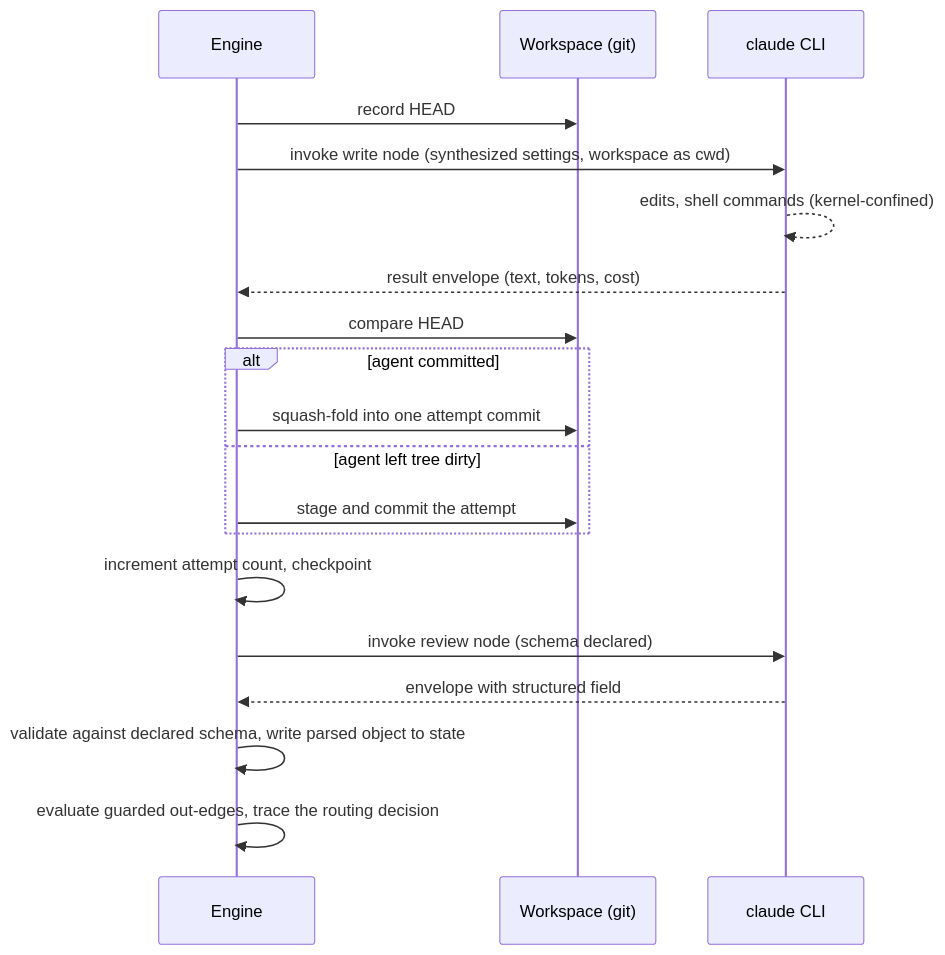
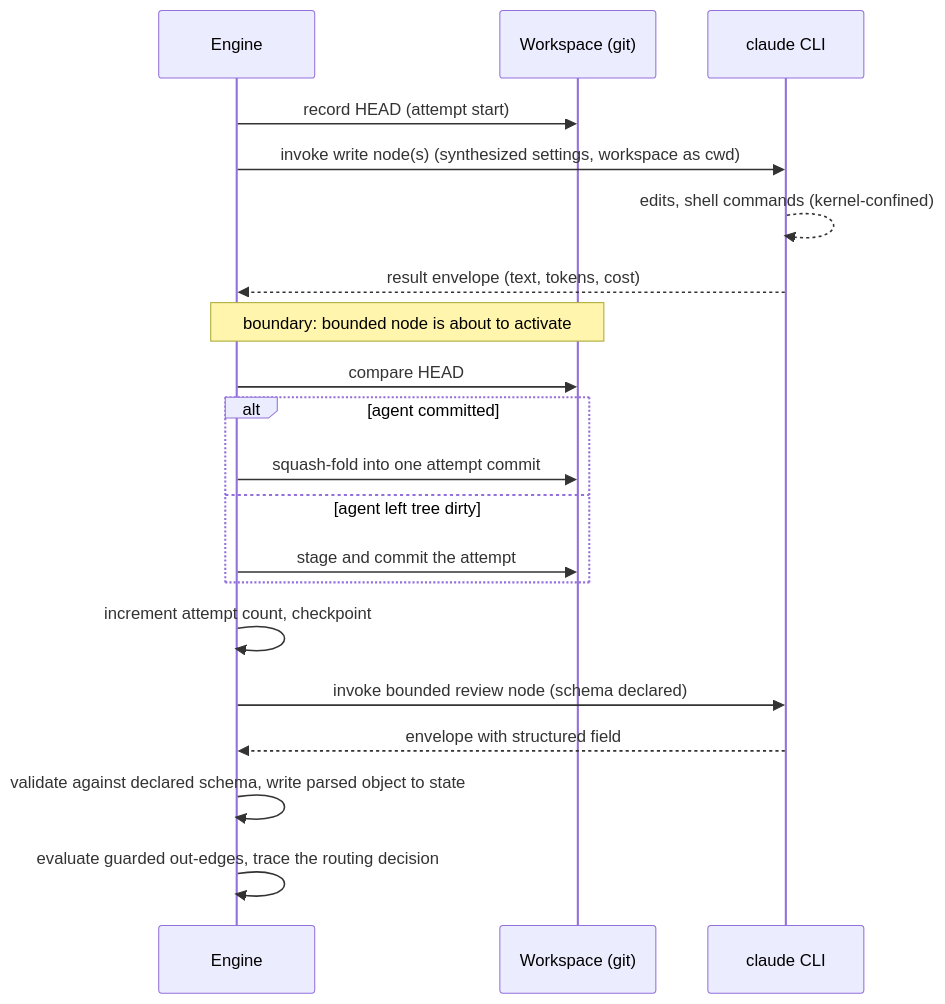
The third of 4 diagrams in docs/plans/2026-07-25-001-feat-engine-slice-2-plan.md (FlorianRiquelme/graph-bro), drawn with Mermaid before and after one commit. The commit also changed other lines of this file, not shown here.

````diff
--- a/docs/plans/2026-07-25-001-feat-engine-slice-2-plan.md
+++ b/docs/plans/2026-07-25-001-feat-engine-slice-2-plan.md
@@ -425,21 +428,22 @@
 ```mermaid
 sequenceDiagram
   participant E as Engine
   participant G as Workspace (git)
   participant C as claude CLI
-  E->>G: record HEAD
-  E->>C: invoke write node (synthesized settings, workspace as cwd)
+  E->>G: record HEAD (attempt start)
+  E->>C: invoke write node(s) (synthesized settings, workspace as cwd)
   C-->>C: edits, shell commands (kernel-confined)
   C-->>E: result envelope (text, tokens, cost)
+  Note over E,G: boundary: bounded node is about to activate
   E->>G: compare HEAD
   alt agent committed
     E->>G: squash-fold into one attempt commit
   else agent left tree dirty
     E->>G: stage and commit the attempt
   end
   E->>E: increment attempt count, checkpoint
-  E->>C: invoke review node (schema declared)
+  E->>C: invoke bounded review node (schema declared)
   C-->>E: envelope with structured field
   E->>E: validate against declared schema, write parsed object to state
   E->>E: evaluate guarded out-edges, trace the routing decision
 ```
````
